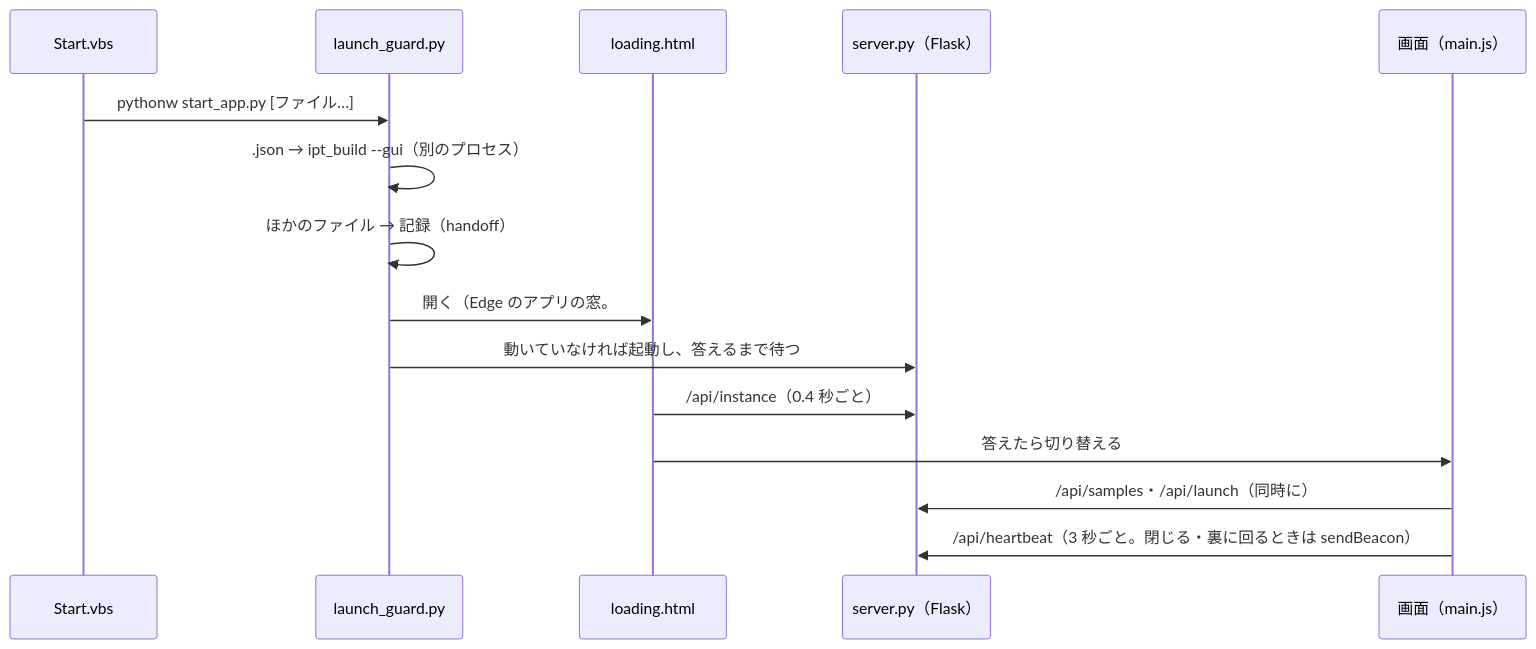
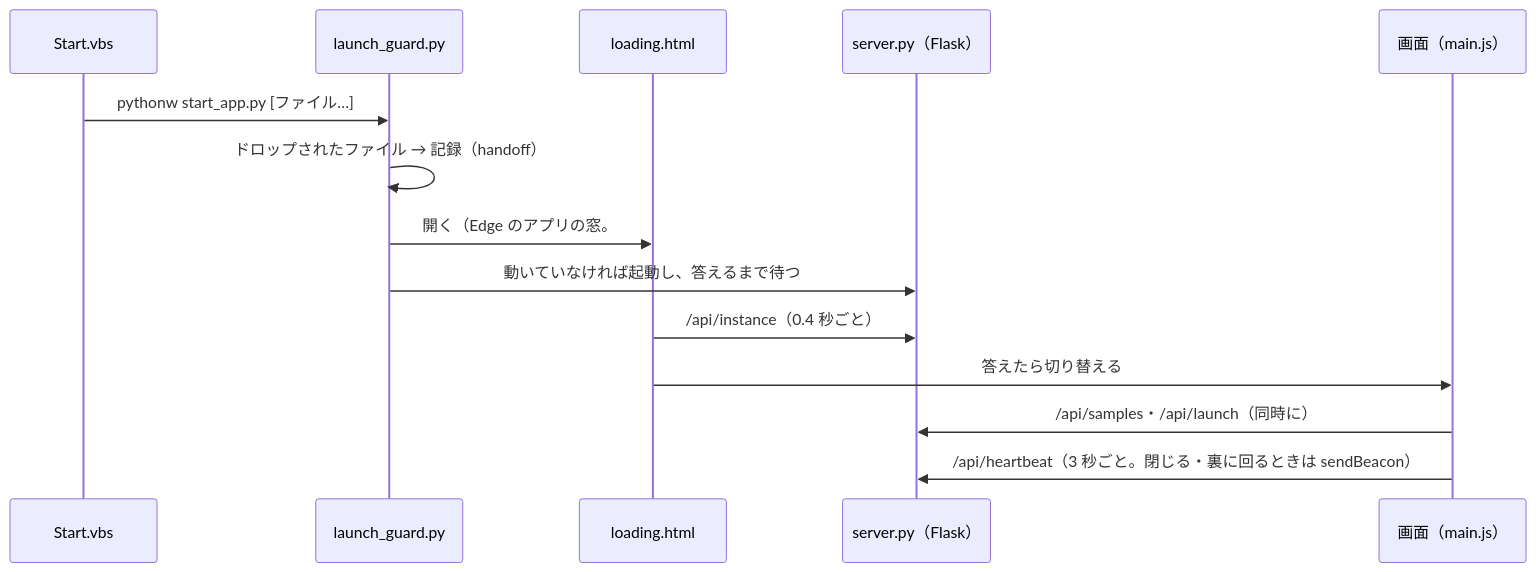
The second of 3 diagrams in docs/app-architecture.md (satoshi-hello-vlioilv/Inventor), drawn with Mermaid before and after one commit. The commit also changed other lines of this file and 33 other files, not shown here.

````diff
--- a/docs/app-architecture.md
+++ b/docs/app-architecture.md
@@ -279,17 +280,16 @@
 ```mermaid
 sequenceDiagram
   participant V as Start.vbs
   participant G as launch_guard.py
   participant L as loading.html
   participant S as server.py（Flask）
   participant A as 画面（main.js）
   V->>G: pythonw start_app.py [ファイル…]
-  G->>G: .json → ipt_build --gui（別のプロセス）
-  G->>G: ほかのファイル → 記録（handoff）
+  G->>G: ドロップされたファイル → 記録（handoff）
   G->>L: 開く（Edge のアプリの窓。#port=）
   G->>S: 動いていなければ起動し、答えるまで待つ
   L->>S: /api/instance（0.4 秒ごと）
   L->>A: 答えたら切り替える
   A->>S: /api/samples・/api/launch（同時に）
   A->>S: /api/heartbeat（3 秒ごと。閉じる・裏に回るときは sendBeacon）
 ```
````
